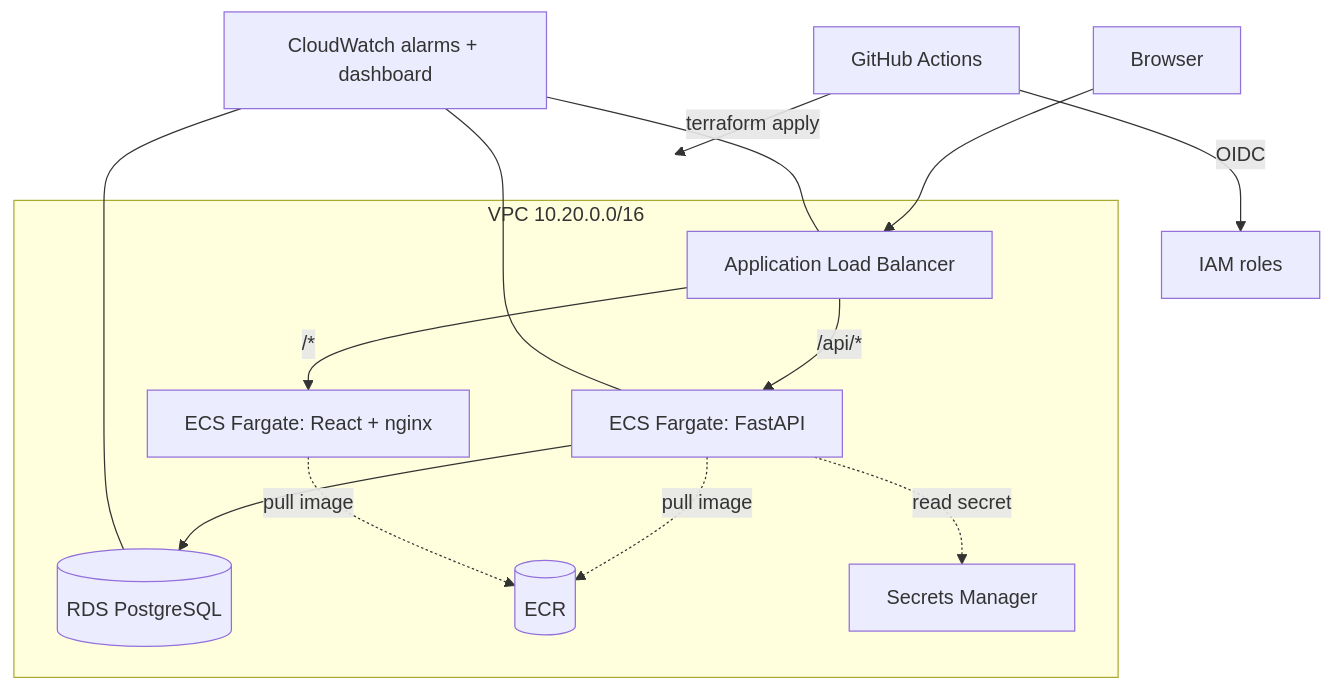
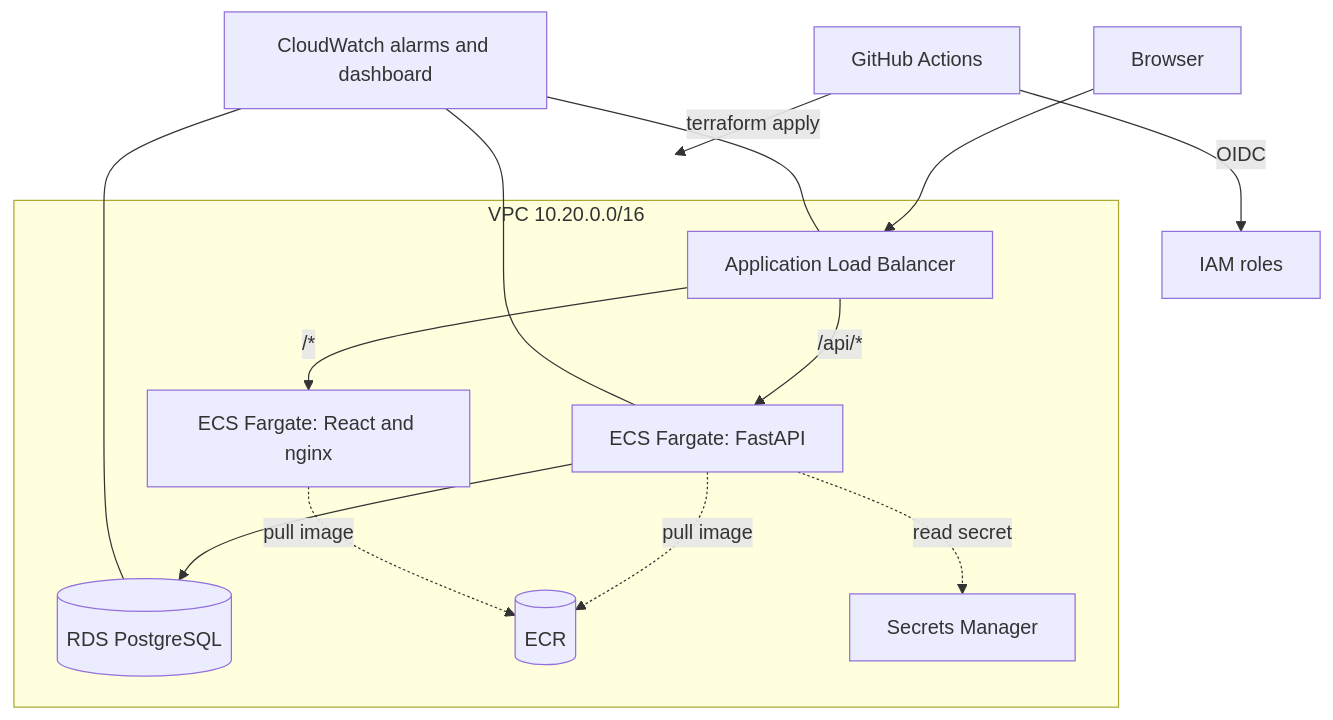
One commit to LOKESHPJ/enterprise-cloud-platform changed the second of 2 diagrams in README.md. Above: the diagram before and after it, drawn with Mermaid. The commit also changed other lines of this file and 6 other files, not shown here.

````diff
--- a/README.md
+++ b/README.md
@@ -163,17 +158,17 @@
 ```mermaid
 flowchart TB
     U[Browser] --> ALB[Application Load Balancer]
     subgraph VPC [VPC 10.20.0.0/16]
         ALB -->|/api/*| API[ECS Fargate: FastAPI]
-        ALB -->|/*| WEB[ECS Fargate: React + nginx]
+        ALB -->|/*| WEB[ECS Fargate: React and nginx]
         API --> RDS[(RDS PostgreSQL)]
         API -.->|pull image| ECR[(ECR)]
         WEB -.->|pull image| ECR
         API -.->|read secret| SM[Secrets Manager]
     end
-    CW[CloudWatch alarms + dashboard] --- ALB
+    CW[CloudWatch alarms and dashboard] --- ALB
     CW --- API
     CW --- RDS
     GHA[GitHub Actions] -->|OIDC| IAM[IAM roles]
     GHA -->|terraform apply| VPC
 ```
````
